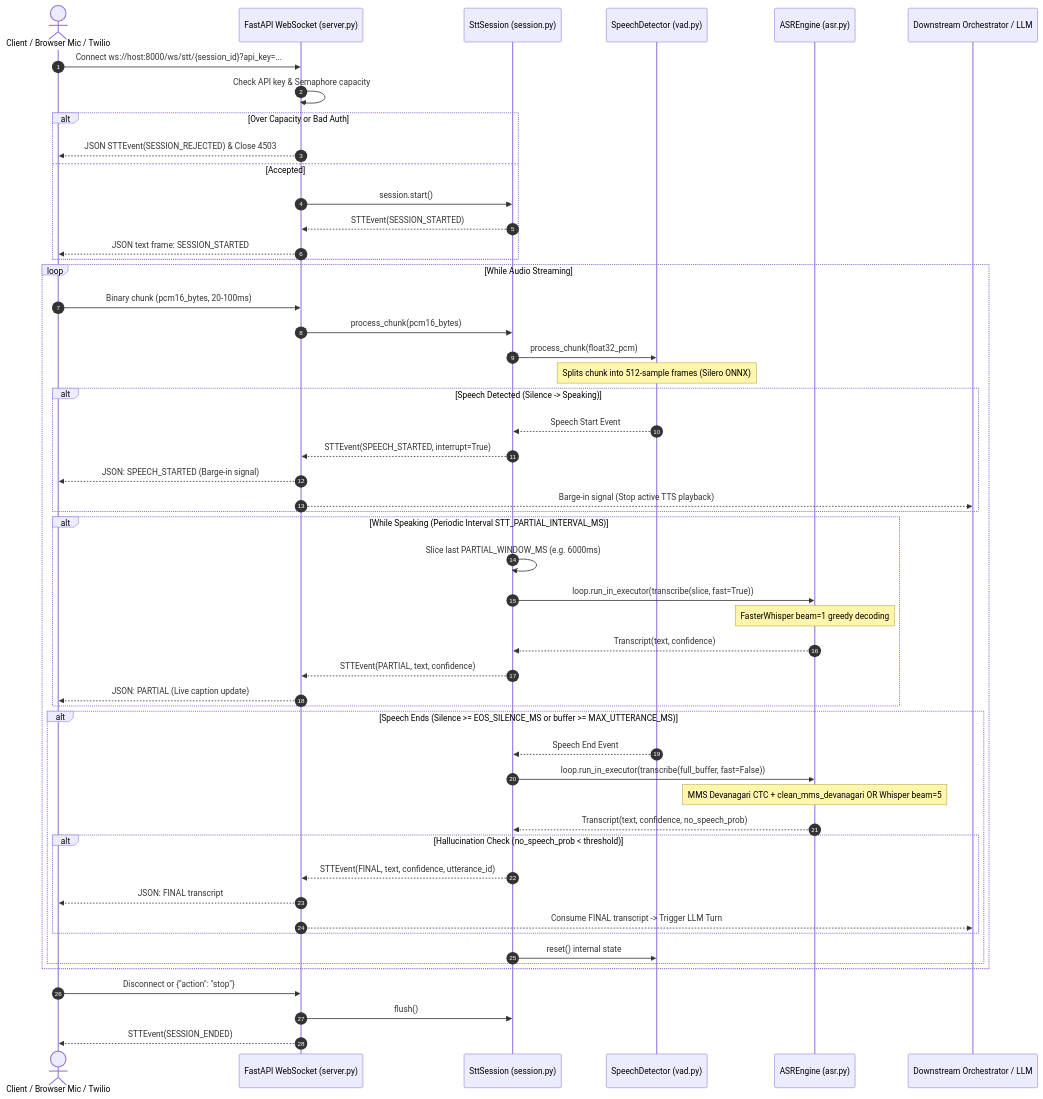
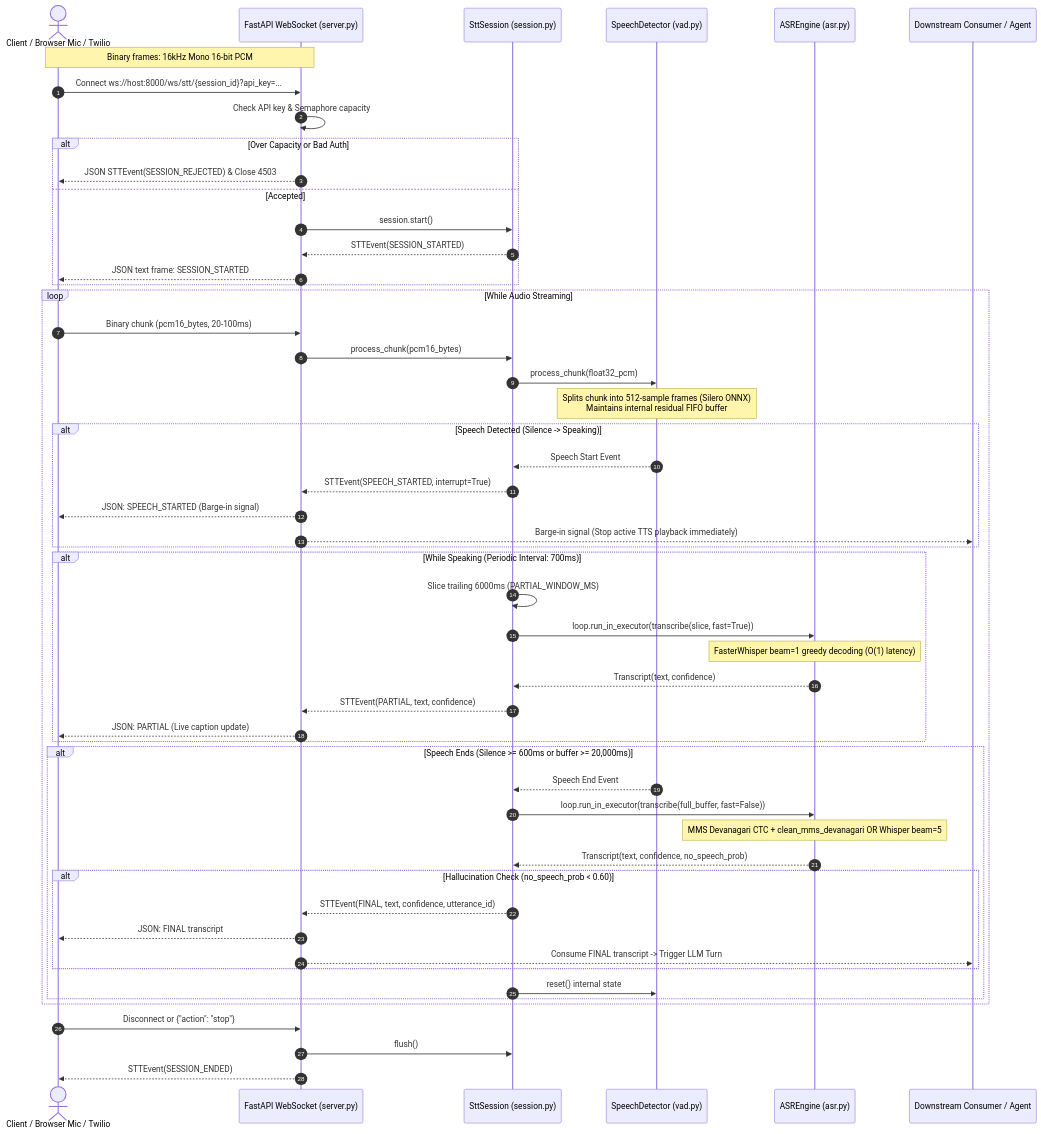
Before and after one commit to Punyansh26/minorprojectsem5: the first of 4 diagrams in idea/presentation/working/02-request-to-response-master.md, drawn with Mermaid. The commit also changed other lines of this file and 14 other files, not shown here.

First line of the commit message:
Refactor web client specifications and architecture decisions for clarity and detail

````diff
--- a/idea/presentation/working/02-request-to-response-master.md
+++ b/idea/presentation/working/02-request-to-response-master.md
@@ -41,60 +41,61 @@
 ```mermaid
 sequenceDiagram
     autonumber
     actor User as Client / Browser Mic / Twilio
     participant Server as FastAPI WebSocket (server.py)
     participant Session as SttSession (session.py)
     participant VAD as SpeechDetector (vad.py)
     participant ASR as ASREngine (asr.py)
-    participant Orch as Downstream Orchestrator / LLM
+    participant Orch as Downstream Consumer / Agent
 
+    Note over User,Server: Binary frames: 16kHz Mono 16-bit PCM
     User->>Server: Connect ws://host:8000/ws/stt/{session_id}?api_key=...
     Server->>Server: Check API key & Semaphore capacity
     alt Over Capacity or Bad Auth
         Server-->>User: JSON STTEvent(SESSION_REJECTED) & Close 4503
     else Accepted
         Server->>Session: session.start()
         Session-->>Server: STTEvent(SESSION_STARTED)
         Server-->>User: JSON text frame: SESSION_STARTED
     end
 
     loop While Audio Streaming
         User->>Server: Binary chunk (pcm16_bytes, 20-100ms)
         Server->>Session: process_chunk(pcm16_bytes)
         Session->>VAD: process_chunk(float32_pcm)
-        Note over VAD: Splits chunk into 512-sample frames (Silero ONNX)
+        Note over VAD: Splits chunk into 512-sample frames (Silero ONNX)<br/>Maintains internal residual FIFO buffer
 
         alt Speech Detected (Silence -> Speaking)
             VAD-->>Session: Speech Start Event
             Session-->>Server: STTEvent(SPEECH_STARTED, interrupt=True)
             Server-->>User: JSON: SPEECH_STARTED (Barge-in signal)
-            Server-->>Orch: Barge-in signal (Stop active TTS playback)
+            Server-->>Orch: Barge-in signal (Stop active TTS playback immediately)
         end
 
-        alt While Speaking (Periodic Interval STT_PARTIAL_INTERVAL_MS)
-            Session->>Session: Slice last PARTIAL_WINDOW_MS (e.g. 6000ms)
+        alt While Speaking (Periodic Interval: 700ms)
+            Session->>Session: Slice trailing 6000ms (PARTIAL_WINDOW_MS)
             Session->>ASR: loop.run_in_executor(transcribe(slice, fast=True))
-            Note over ASR: FasterWhisper beam=1 greedy decoding
+            Note over ASR: FasterWhisper beam=1 greedy decoding (O(1) latency)
             ASR-->>Session: Transcript(text, confidence)
             Session-->>Server: STTEvent(PARTIAL, text, confidence)
             Server-->>User: JSON: PARTIAL (Live caption update)
         end
 
-        alt Speech Ends (Silence >= EOS_SILENCE_MS or buffer >= MAX_UTTERANCE_MS)
+        alt Speech Ends (Silence >= 600ms or buffer >= 20,000ms)
             VAD-->>Session: Speech End Event
             Session->>ASR: loop.run_in_executor(transcribe(full_buffer, fast=False))
             Note over ASR: MMS Devanagari CTC + clean_mms_devanagari OR Whisper beam=5
             ASR-->>Session: Transcript(text, confidence, no_speech_prob)
-            alt Hallucination Check (no_speech_prob < threshold)
+            alt Hallucination Check (no_speech_prob < 0.60)
                 Session-->>Server: STTEvent(FINAL, text, confidence, utterance_id)
                 Server-->>User: JSON: FINAL transcript
                 Server-->>Orch: Consume FINAL transcript -> Trigger LLM Turn
             end
             Session->>VAD: reset() internal state
         end
     end
 
     User->>Server: Disconnect or {"action": "stop"}
     Server->>Session: flush()
     Server-->>User: STTEvent(SESSION_ENDED)
 ```
````
